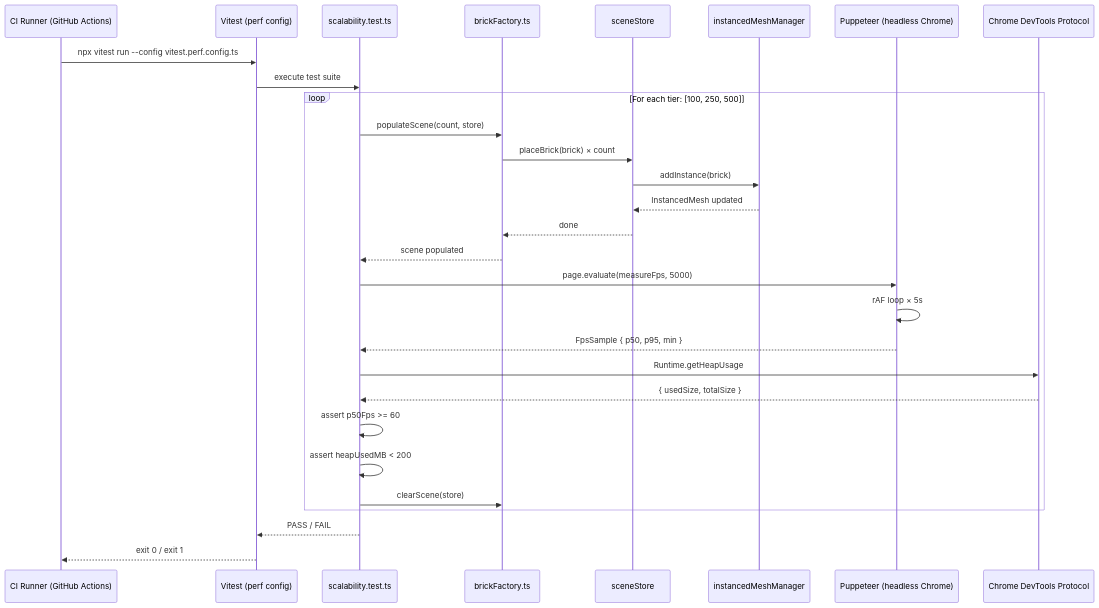
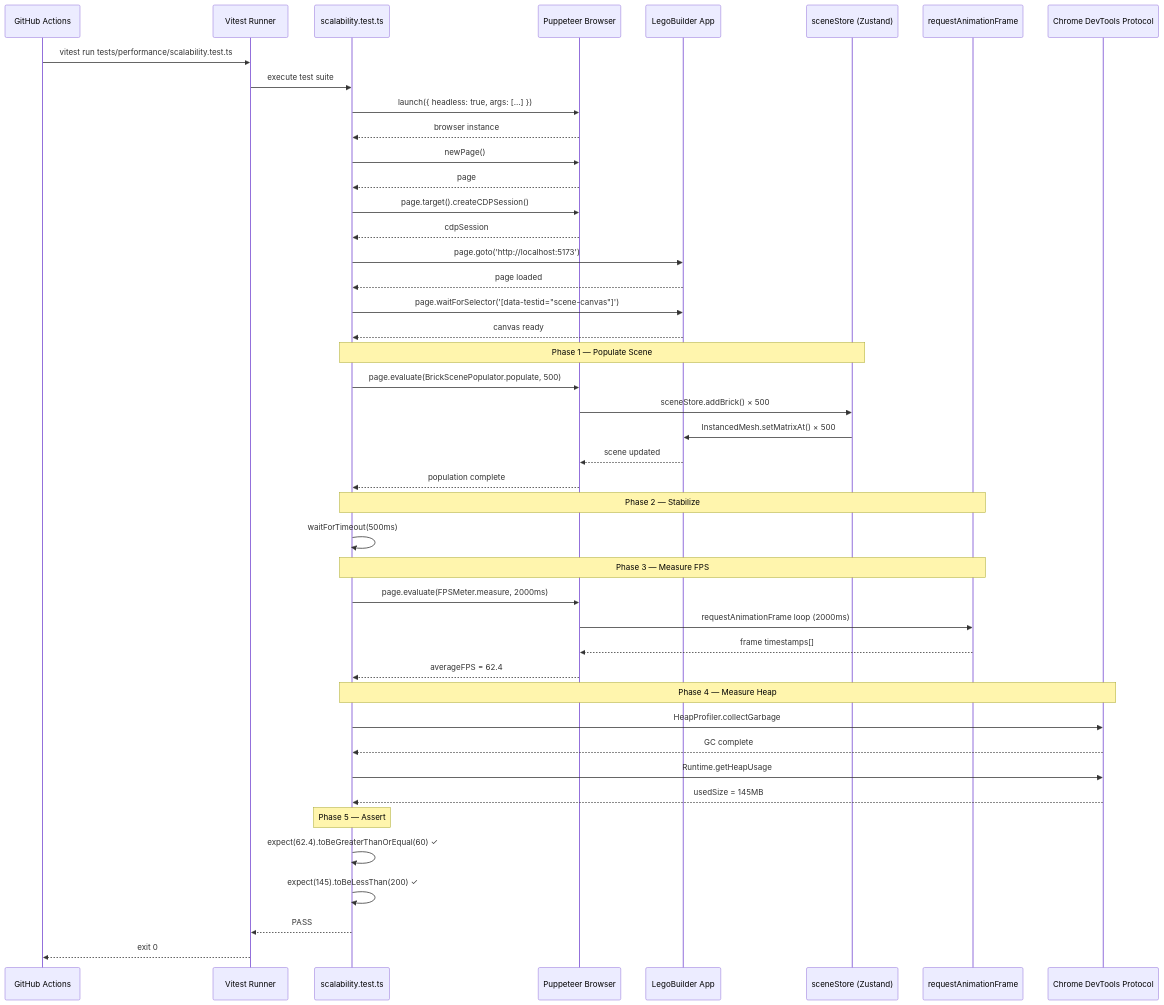
The first of 3 diagrams in docs/features/NFR-SCALE-001/LOW_LEVEL_DESIGN.md (sreenivasmrpivot/legobuilder), drawn with Mermaid before and after one commit. The commit also changed other lines of this file, not shown here.

First line of the commit message:
docs: LLD for NFR-SCALE-001 — Validate scene supports up to 500 bricks without performance degradation

````diff
--- a/docs/features/NFR-SCALE-001/LOW_LEVEL_DESIGN.md
+++ b/docs/features/NFR-SCALE-001/LOW_LEVEL_DESIGN.md
@@ -193,38 +345,58 @@
 ```mermaid
 sequenceDiagram
-    participant CI as CI Runner (GitHub Actions)
-    participant Vitest as Vitest (perf config)
+    participant CI as GitHub Actions
+    participant Vitest as Vitest Runner
     participant Test as scalability.test.ts
-    participant Factory as brickFactory.ts
-    participant Store as sceneStore
-    participant Engine as instancedMeshManager
-    participant Puppeteer as Puppeteer (headless Chrome)
+    participant Puppeteer as Puppeteer Browser
+    participant App as LegoBuilder App
+    participant Store as sceneStore (Zustand)
+    participant RAF as requestAnimationFrame
     participant CDP as Chrome DevTools Protocol
 
-    CI->>Vitest: npx vitest run --config vitest.perf.config.ts
+    CI->>Vitest: vitest run tests/performance/scalability.test.ts
     Vitest->>Test: execute test suite
 
-    loop For each tier: [100, 250, 500]
-        Test->>Factory: populateScene(count, store)
-        Factory->>Store: placeBrick(brick) × count
-        Store->>Engine: addInstance(brick)
-        Engine-->>Store: InstancedMesh updated
-        Store-->>Factory: done
-        Factory-->>Test: scene populated
+    Test->>Puppeteer: launch({ headless: true, args: [...] })
+    Puppeteer-->>Test: browser instance
 
-        Test->>Puppeteer: page.evaluate(measureFps, 5000)
-        Puppeteer->>Puppeteer: rAF loop × 5s
-        Puppeteer-->>Test: FpsSample { p50, p95, min }
+    Test->>Puppeteer: newPage()
+    Puppeteer-->>Test: page
 
-        Test->>CDP: Runtime.getHeapUsage
-        CDP-->>Test: { usedSize, totalSize }
+    Test->>Puppeteer: page.target().createCDPSession()
+    Puppeteer-->>Test: cdpSession
 
-        Test->>Test: assert p50Fps >= 60
-        Test->>Test: assert heapUsedMB < 200
+    Test->>App: page.goto('http://localhost:5173')
+    App-->>Test: page loaded
 
-        Test->>Factory: clearScene(store)
-    end
+    Test->>App: page.waitForSelector('[data-testid="scene-canvas"]')
+    App-->>Test: canvas ready
 
-    Test-->>Vitest: PASS / FAIL
-    Vitest-->>CI: exit 0 / exit 1
+    Note over Test,Store: Phase 1 — Populate Scene
+    Test->>Puppeteer: page.evaluate(BrickScenePopulator.populate, 500)
+    Puppeteer->>Store: sceneStore.addBrick() × 500
+    Store->>App: InstancedMesh.setMatrixAt() × 500
+    App-->>Puppeteer: scene updated
+    Puppeteer-->>Test: population complete
+
+    Note over Test,RAF: Phase 2 — Stabilize
+    Test->>Test: waitForTimeout(500ms)
+
+    Note over Test,RAF: Phase 3 — Measure FPS
+    Test->>Puppeteer: page.evaluate(FPSMeter.measure, 2000ms)
+    Puppeteer->>RAF: requestAnimationFrame loop (2000ms)
+    RAF-->>Puppeteer: frame timestamps[]
+    Puppeteer-->>Test: averageFPS = 62.4
+
+    Note over Test,CDP: Phase 4 — Measure Heap
+    Test->>CDP: HeapProfiler.collectGarbage
+    CDP-->>Test: GC complete
+    Test->>CDP: Runtime.getHeapUsage
+    CDP-->>Test: usedSize = 145MB
+
+    Note over Test: Phase 5 — Assert
+    Test->>Test: expect(62.4).toBeGreaterThanOrEqual(60) ✓
+    Test->>Test: expect(145).toBeLessThan(200) ✓
+
+    Test-->>Vitest: PASS
+    Vitest-->>CI: exit 0
 ```
````
